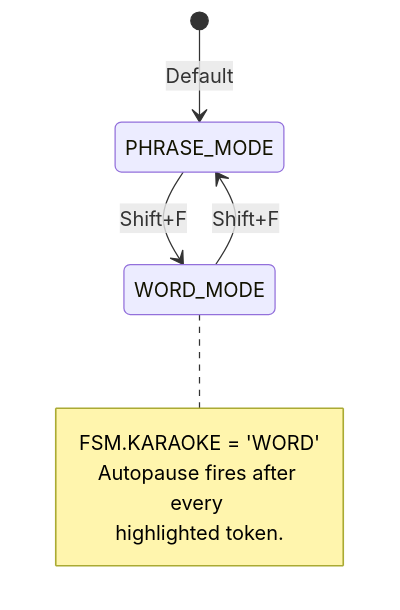
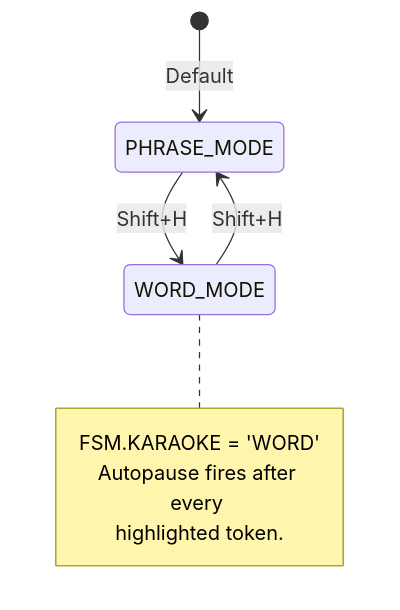
One commit to voothi/20260308110646-kardenwort-mpv changed diagram 19 of 22 in openspec/specs/fsm-architecture/state-diagram.md. Above: the diagram before and after it, drawn with Mermaid. The commit also changed other lines of this file and 1 other file, not shown here.

````diff
--- a/openspec/specs/fsm-architecture/state-diagram.md
+++ b/openspec/specs/fsm-architecture/state-diagram.md
@@ -484,13 +484,13 @@
 ```mermaid
 stateDiagram-v2
     [*] --> PHRASE_MODE : Default
     
-    PHRASE_MODE --> WORD_MODE : Shift+F
-    WORD_MODE --> PHRASE_MODE : Shift+F
+    PHRASE_MODE --> WORD_MODE : Shift+H
+    WORD_MODE --> PHRASE_MODE : Shift+H
     
     note right of WORD_MODE
         FSM.KARAOKE = 'WORD'
         Autopause fires after every 
         highlighted token.
     end note
 ```
````
